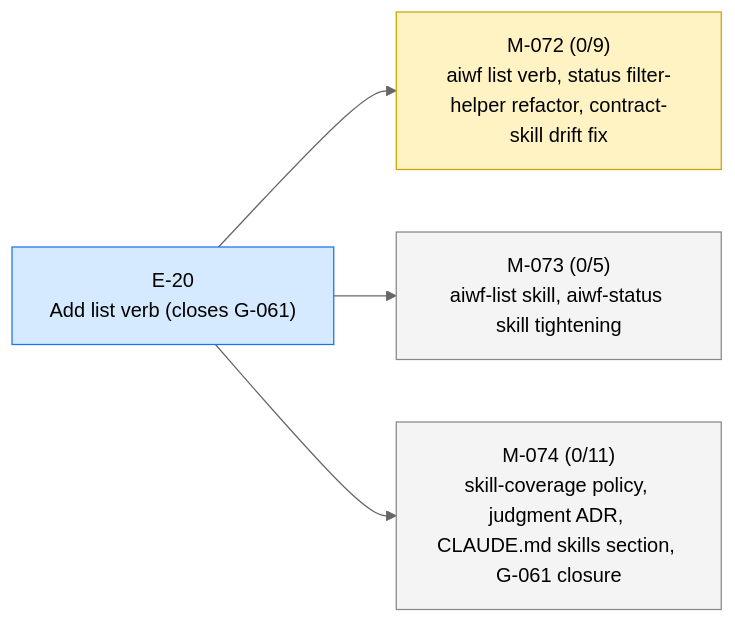
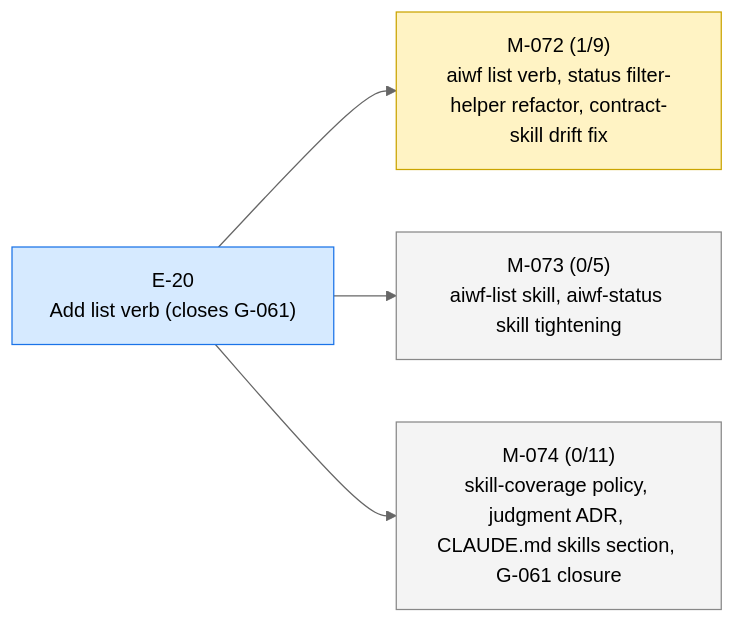
One commit to 23min/aiwf changed the first of 2 diagrams in STATUS.md. Above: the diagram before and after it, drawn with Mermaid (neutral theme). The commit also changed other lines of this file and 1 other file, not shown here.

First line of the commit message:
aiwf promote M-072/AC-1 open -> met

````diff
--- a/STATUS.md
+++ b/STATUS.md
@@ -13,16 +13,16 @@
 ```mermaid
 flowchart LR
   E_20["E-20<br/>Add list verb (closes G-061)"]:::epic_active
-  M_072["M-072 (0/9)<br/>aiwf list verb, status filter-helper refactor, contract-skill drift fix"]:::ms_in_progress
+  M_072["M-072 (1/9)<br/>aiwf list verb, status filter-helper refactor, contract-skill drift fix"]:::ms_in_progress
   E_20 --> M_072
   M_073["M-073 (0/5)<br/>aiwf-list skill, aiwf-status skill tightening"]:::ms_draft
   E_20 --> M_073
   M_074["M-074 (0/11)<br/>skill-coverage policy, judgment ADR, CLAUDE.md skills section, G-061 closure"]:::ms_draft
   E_20 --> M_074
   classDef epic_active fill:#d6eaff,stroke:#1a73e8,color:#000
   classDef epic_proposed fill:#f4f4f4,stroke:#888,color:#000
   classDef ms_done fill:#d8f5d8,stroke:#2a8a2a,color:#000
   classDef ms_in_progress fill:#fff3c4,stroke:#caa400,color:#000
   classDef ms_draft fill:#f4f4f4,stroke:#888,color:#000
   classDef ms_cancelled fill:#fbeaea,stroke:#c33,color:#000
 ```
````
